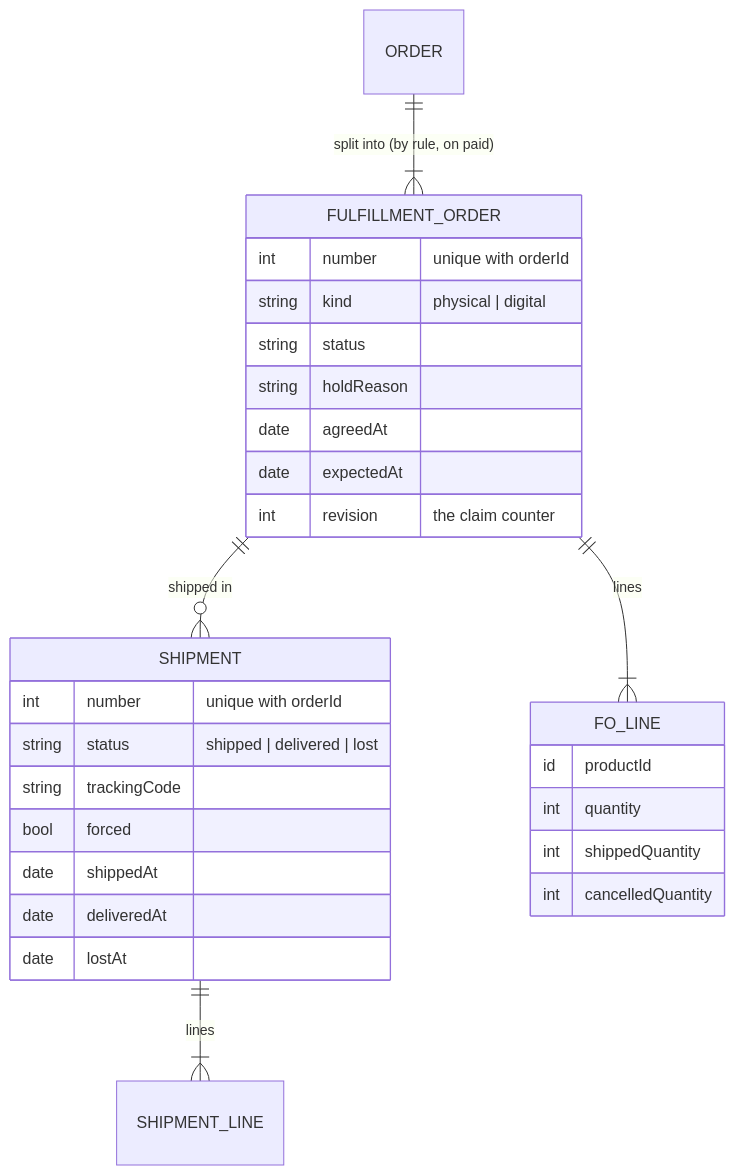
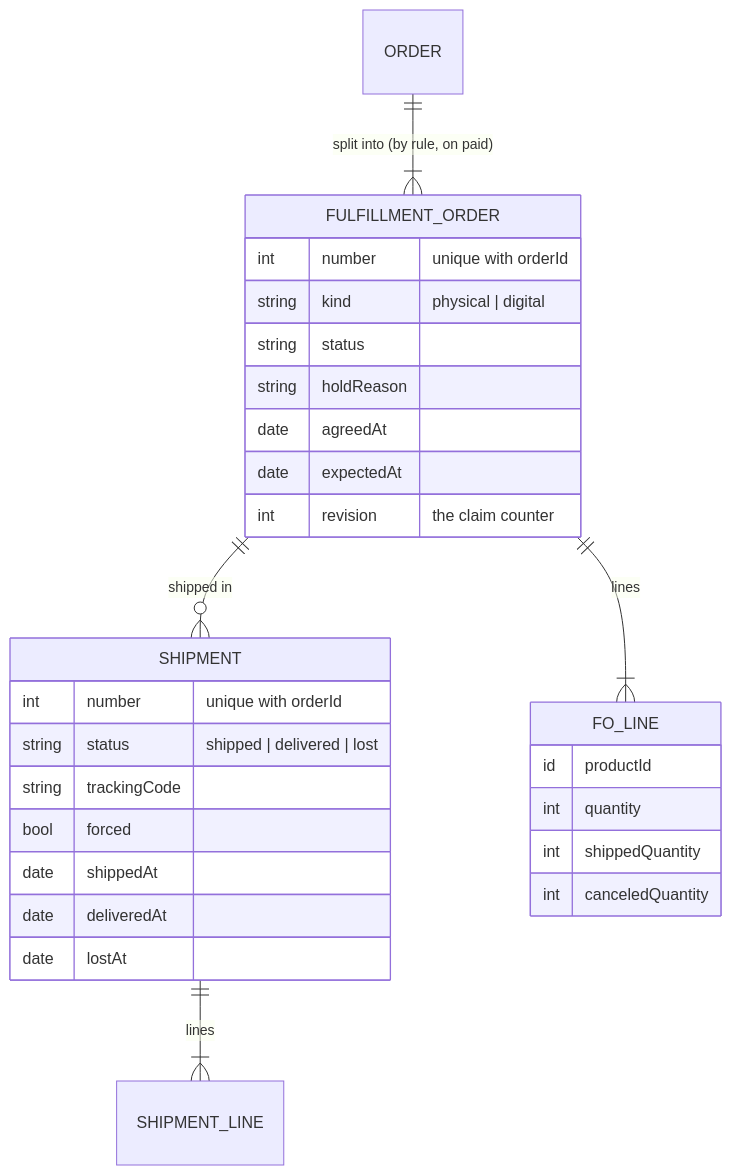
The second of 8 diagrams in docs/modules/delivery.md (Guebbit/boilerplate-node-backend), drawn with Mermaid before and after one commit. The commit also changed other lines of this file and 301 other files, not shown here.

````diff
--- a/docs/modules/delivery.md
+++ b/docs/modules/delivery.md
@@ -106,31 +106,31 @@
 ```mermaid
 erDiagram
     ORDER ||--|{ FULFILLMENT_ORDER : "split into (by rule, on paid)"
     FULFILLMENT_ORDER ||--o{ SHIPMENT : "shipped in"
     FULFILLMENT_ORDER ||--|{ FO_LINE : lines
     SHIPMENT ||--|{ SHIPMENT_LINE : lines
     FULFILLMENT_ORDER {
         int number "unique with orderId"
         string kind "physical | digital"
         string status
         string holdReason
         date agreedAt
         date expectedAt
         int revision "the claim counter"
     }
     FO_LINE {
         id productId
         int quantity
         int shippedQuantity
-        int cancelledQuantity
+        int canceledQuantity
     }
     SHIPMENT {
         int number "unique with orderId"
         string status "shipped | delivered | lost"
         string trackingCode
         bool forced
         date shippedAt
         date deliveredAt
         date lostAt
     }
 ```
````
